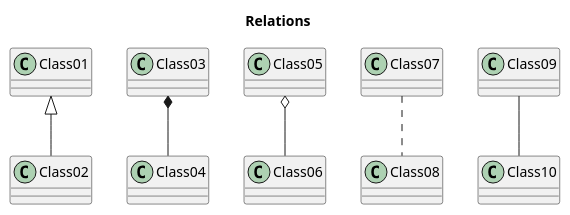
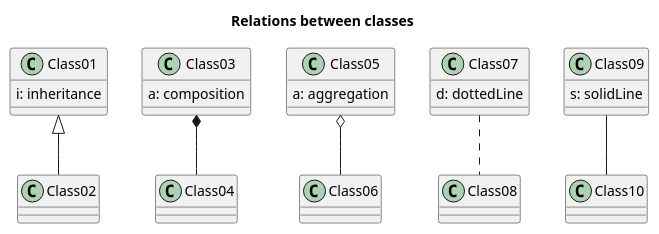
Before and after one commit to emaphis/Introduction_to_Java_Programming: the diagram in Notes/PlantUMLNotes/relations.puml, drawn with PlantUML. The commit also changed 15 other files, not shown here.

Commit message:
Update PlantUML notes and add more examples.

```diff
--- a/Notes/PlantUMLNotes/relations.puml
+++ b/Notes/PlantUMLNotes/relations.puml
@@ -1,9 +1,37 @@
-@startuml relations
-    /'See relations.png for a diagram'/
-    title Relations
+@startuml Relations
+    title Relations between classes
+    /'
+        Extension   <|--
+        Composition *--
+        Aggregation o--
+        Arrow <--
+    '/
+    class Class01 {
+        i: inheritance
+    }
+    class Class02 { }
+    class Class03 {
+        a: composition
+    }
+
+    class Class04 { }
+    class Class04 {}
+    class Class05 {
+         a: aggregation
+    }
+    class Class06 {}
+    class Class07 {
+        d: dottedLine
+    }
+    class Class08 {}
+    class Class09 {
+        s: solidLine
+    }
+    class Class10 {}
+
     Class01 <|-- Class02
     Class03 *-- Class04
     Class05 o-- Class06
     Class07 .. Class08
     Class09 -- Class10
 @enduml
```
